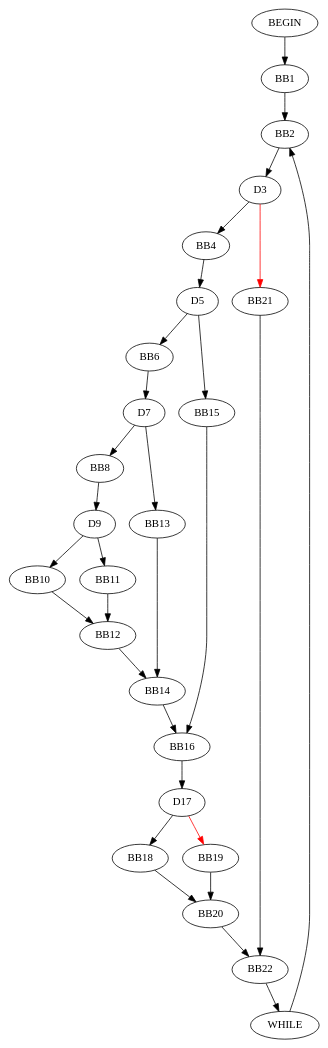
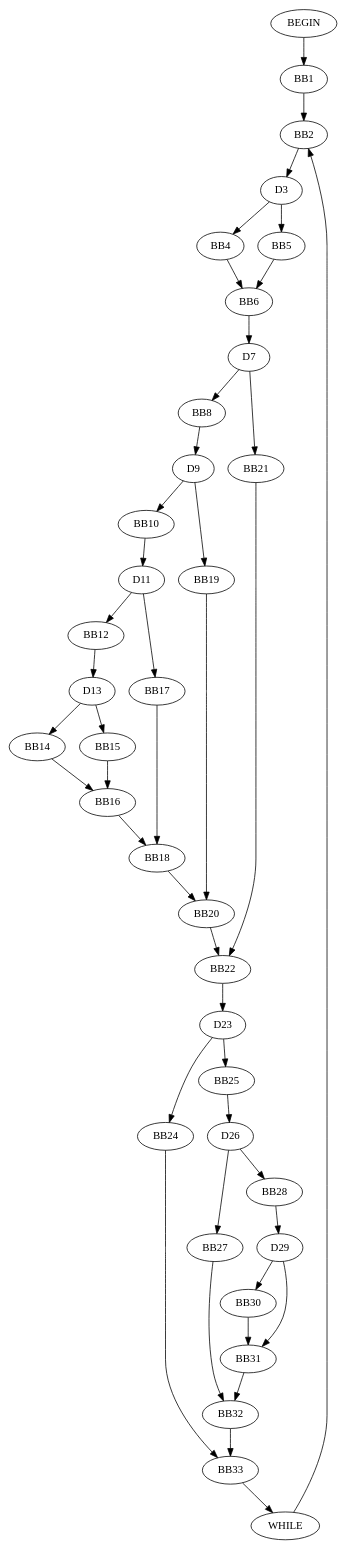
Before and after one commit to ayushsawlani/SymEx: the diagram in resources/cfg.dot, drawn with Graphviz. The commit also changed 30 other files, not shown here.

```diff
--- a/resources/cfg.dot
+++ b/resources/cfg.dot
@@ -1,1 +1,1 @@
-digraph G {BEGIN->BB1;BB1->BB2;WHILE->BB2;BB2->D3;D3->BB4;BB4->D5;D5->BB6;BB6->D7;D7->BB8;BB8->D9;D9->BB10;D9->BB11;BB10->BB12;BB11->BB12;D7->BB13;BB12->BB14;BB13->BB14;D5->BB15;BB14->BB16;BB15->BB16;BB16->D17;D17->BB18;D17->BB19[color=red, pendwidth=3.0];BB18->BB20;BB19->BB20;D3->BB21[color=red, pendwidth=3.0];BB20->BB22;BB21->BB22;BB22->WHILE;}
+digraph G {BEGIN->BB1;BB1->BB2;WHILE->BB2;BB2->D3;D3->BB4;D3->BB5;BB4->BB6;BB5->BB6;BB6->D7;D7->BB8;BB8->D9;D9->BB10;BB10->D11;D11->BB12;BB12->D13;D13->BB14;D13->BB15;BB14->BB16;BB15->BB16;D11->BB17;BB16->BB18;BB17->BB18;D9->BB19;BB18->BB20;BB19->BB20;D7->BB21;BB20->BB22;BB21->BB22;BB22->D23;D23->BB24;D23->BB25;BB25->D26;D26->BB27;D26->BB28;BB28->D29;D29->BB30;BB30->BB31;D29->BB31;BB27->BB32;BB31->BB32;BB24->BB33;BB32->BB33;BB33->WHILE;}
```
